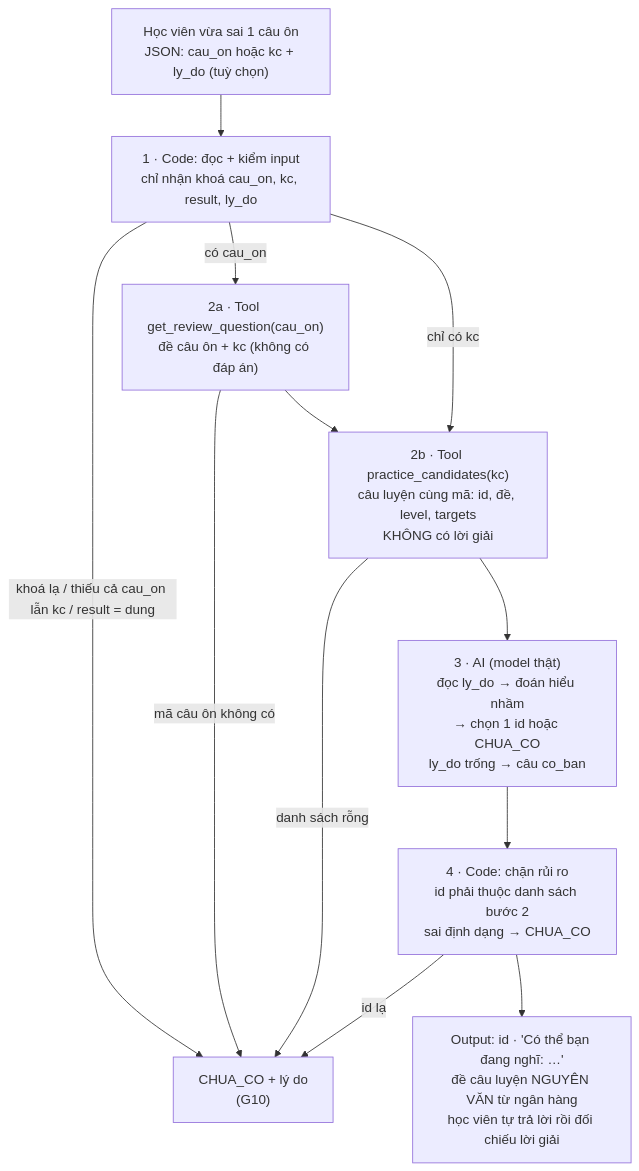
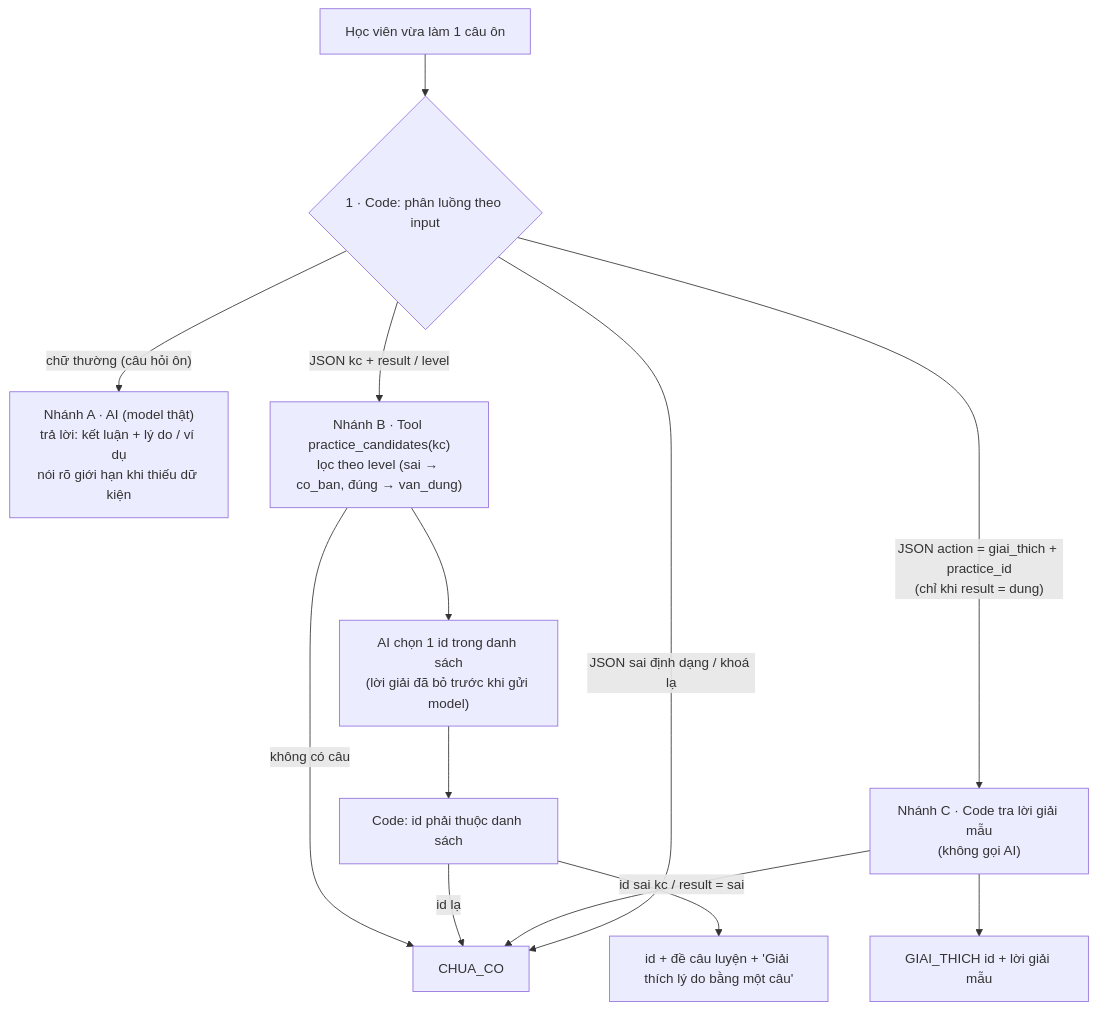
Before and after one commit to Ptuancuong/K5-Day15-L3A-VibeClaude: the diagram in spec.md, drawn with Mermaid. The commit also changed other lines of this file and 9 other files, not shown here.

Commit message:
CP2: quay về bản 21 câu của Đạt (3 nhánh); cập nhật spec §0-§7, canvas, data card cho khớp

````diff
--- a/spec.md
+++ b/spec.md
@@ -59,14 +59,15 @@
 ```mermaid
 flowchart TD
-    U["Học viên vừa sai 1 câu ôn<br/>JSON: cau_on hoặc kc + ly_do (tuỳ chọn)"] --> P["1 · Code: đọc + kiểm input<br/>chỉ nhận khoá cau_on, kc, result, ly_do"]
-    P -->|"khoá lạ / thiếu cả cau_on lẫn kc / result = dung"| NONE["CHUA_CO + lý do<br/>(G10)"]
-    P -->|"có cau_on"| R["2a · Tool get_review_question(cau_on)<br/>đề câu ôn + kc (không có đáp án)"]
-    R -->|"mã câu ôn không có"| NONE
-    R --> T
-    P -->|"chỉ có kc"| T["2b · Tool practice_candidates(kc)<br/>câu luyện cùng mã: id, đề, level, targets<br/>KHÔNG có lời giải"]
-    T -->|"danh sách rỗng"| NONE
-    T --> AI["3 · AI (model thật)<br/>đọc ly_do → đoán hiểu nhầm<br/>→ chọn 1 id hoặc CHUA_CO<br/>ly_do trống → câu co_ban"]
-    AI --> G["4 · Code: chặn rủi ro<br/>id phải thuộc danh sách bước 2<br/>sai định dạng → CHUA_CO"]
+    U["Học viên vừa làm 1 câu ôn"] --> P{"1 · Code: phân luồng theo input"}
+    P -->|"chữ thường (câu hỏi ôn)"| QA["Nhánh A · AI (model thật)<br/>trả lời: kết luận + lý do / ví dụ<br/>nói rõ giới hạn khi thiếu dữ kiện"]
+    P -->|"JSON kc + result / level"| T["Nhánh B · Tool practice_candidates(kc)<br/>lọc theo level (sai → co_ban, đúng → van_dung)"]
+    T -->|"không có câu"| NONE["CHUA_CO"]
+    T --> AI["AI chọn 1 id trong danh sách<br/>(lời giải đã bỏ trước khi gửi model)"]
+    AI --> G["Code: id phải thuộc danh sách"]
     G -->|"id lạ"| NONE
-    G --> OUT["Output: id · 'Có thể bạn đang nghĩ: …'<br/>đề câu luyện NGUYÊN VĂN từ ngân hàng<br/>học viên tự trả lời rồi đối chiếu lời giải"]
+    G --> OUT["id + đề câu luyện + 'Giải thích lý do bằng một câu'"]
+    P -->|"JSON action = giai_thich + practice_id<br/>(chỉ khi result = dung)"| E["Nhánh C · Code tra lời giải mẫu<br/>(không gọi AI)"]
+    E -->|"id sai kc / result = sai"| NONE
+    E --> GT["GIAI_THICH id + lời giải mẫu"]
+    P -->|"JSON sai định dạng / khoá lạ"| NONE
 ```
````
